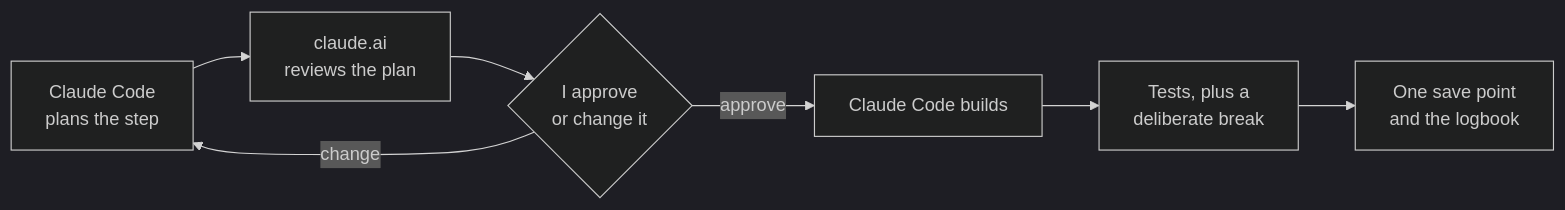
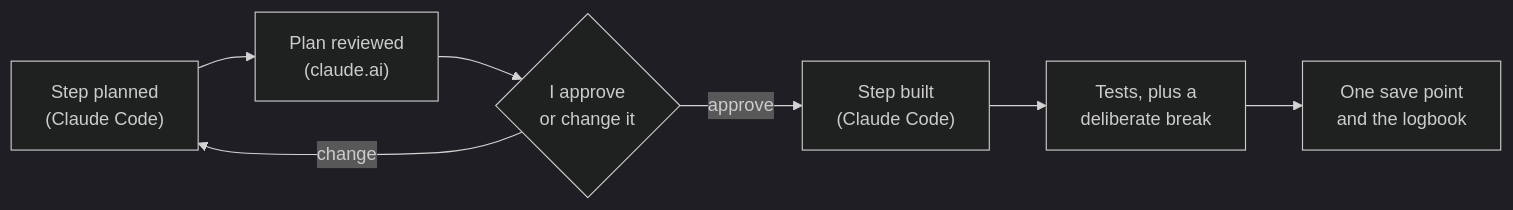
Before and after one commit to mghazwan06-star/mdm-product-case-study: the diagram in README.md, drawn with Mermaid (dark theme). The commit also changed other lines of this file and 1 other file, not shown here.

First line of the commit message:
README: four calls folded under the slide, duplicate before/after table and tiers diagram removed, build loop labelled by step

````diff
--- a/README.md
+++ b/README.md
@@ -63,9 +63,9 @@
 ```mermaid
 flowchart LR
-    P["Claude Code<br/>plans the step"] --> R["claude.ai<br/>reviews the plan"]
+    P["Step planned<br/>(Claude Code)"] --> R["Plan reviewed<br/>(claude.ai)"]
     R --> A{"I approve<br/>or change it"}
     A -- change --> P
-    A -- approve --> B["Claude Code builds"]
+    A -- approve --> B["Step built<br/>(Claude Code)"]
     B --> T["Tests, plus a<br/>deliberate break"]
     T --> S["One save point<br/>and the logbook"]
 ```
````
